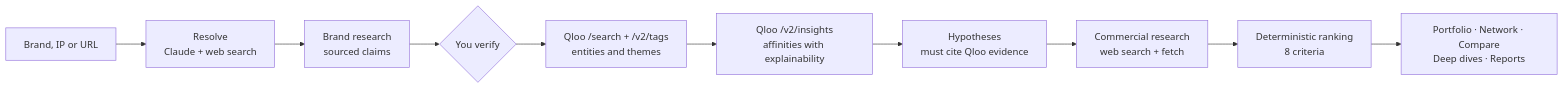
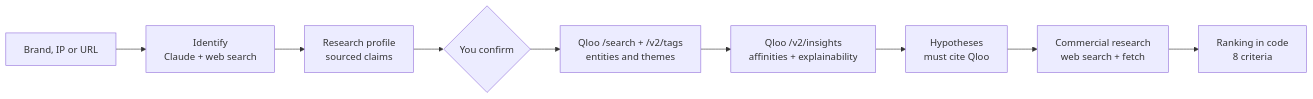
The diagram in README.md (ryl1k/Outbranch), drawn with Mermaid before and after one commit. The commit also changed other lines of this file and 2 other files, not shown here.

````diff
--- a/README.md
+++ b/README.md
@@ -59,12 +57,11 @@
 ```mermaid
 flowchart LR
-  U[Brand, IP or URL] --> R[Resolve<br/>Claude + web search]
-  R --> B[Brand research<br/>sourced claims]
-  B --> V{You verify}
-  V --> Q[Qloo /search + /v2/tags<br/>entities and themes]
-  Q --> I[Qloo /v2/insights<br/>affinities with explainability]
-  I --> H[Hypotheses<br/>must cite Qloo evidence]
-  H --> C[Commercial research<br/>web search + fetch]
-  C --> E[Deterministic ranking<br/>8 criteria]
-  E --> X[Portfolio · Network · Compare<br/>Deep dives · Reports]
+  A[Brand, IP or URL] --> B[Identify<br/>Claude + web search]
+  B --> C[Research profile<br/>sourced claims]
+  C --> D{You confirm}
+  D --> E[Qloo /search + /v2/tags<br/>entities and themes]
+  E --> F[Qloo /v2/insights<br/>affinities + explainability]
+  F --> G[Hypotheses<br/>must cite Qloo]
+  G --> H[Commercial research<br/>web search + fetch]
+  H --> I[Ranking in code<br/>8 criteria]
 ```
````
